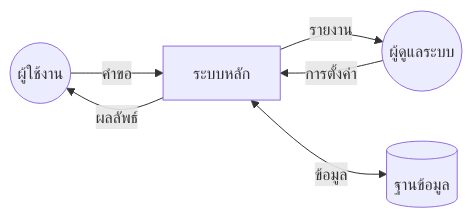
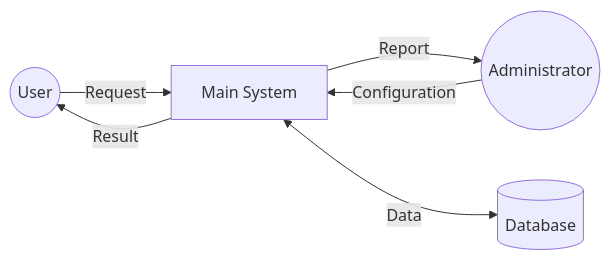
One commit to mounchons/AgentMarketPlace changed the fourth of 16 diagrams in plugins/system-design-doc/skills/system-design-doc/references/mermaid-patterns.md. Above: the diagram before and after it, drawn with Mermaid. The commit also changed other lines of this file and 51 other files, not shown here.

````diff
--- a/plugins/system-design-doc/skills/system-design-doc/references/mermaid-patterns.md
+++ b/plugins/system-design-doc/skills/system-design-doc/references/mermaid-patterns.md
@@ -45,8 +45,8 @@
 ```mermaid
 flowchart LR
-    E1((ผู้ใช้งาน)) -->|คำขอ| S[ระบบหลัก]
-    S -->|ผลลัพธ์| E1
-    E2((ผู้ดูแลระบบ)) -->|การตั้งค่า| S
-    S -->|รายงาน| E2
-    S <-->|ข้อมูล| D1[(ฐานข้อมูล)]
+    E1((User)) -->|Request| S[Main System]
+    S -->|Result| E1
+    E2((Administrator)) -->|Configuration| S
+    S -->|Report| E2
+    S <-->|Data| D1[(Database)]
 ```
````
